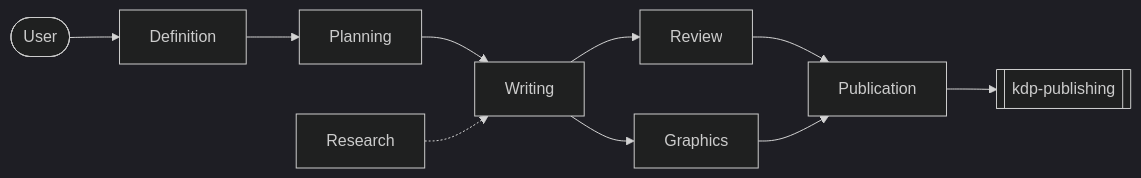
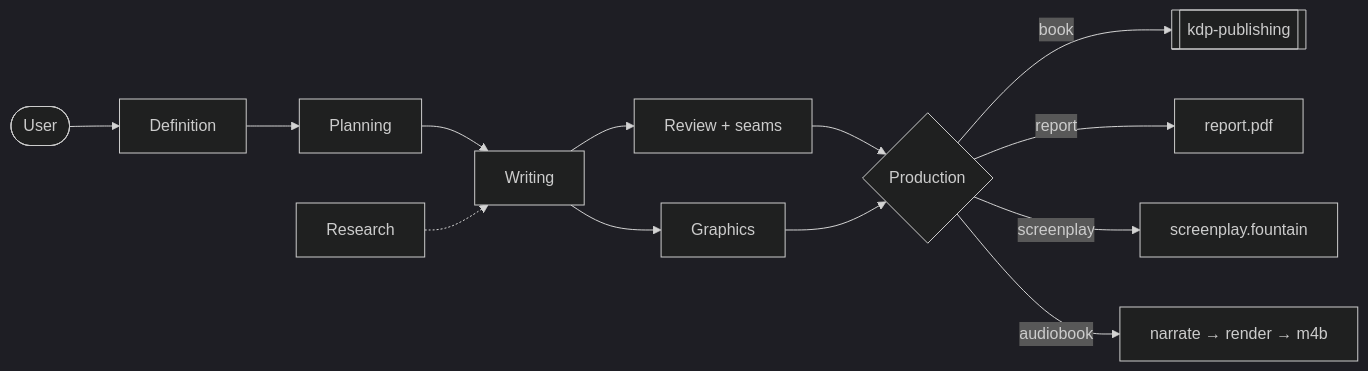
One commit to danielrosehill/Long-Form-Content-Plugin changed the diagram in README.md. Above: the diagram before and after it, drawn with Mermaid (dark theme). The commit also changed other lines of this file and 52 other files, not shown here.

````diff
--- a/README.md
+++ b/README.md
@@ -41,12 +68,15 @@
 ```mermaid
 flowchart LR
     U([User]) --> D[Definition]
     D --> P[Planning]
     P --> W[Writing]
     R[Research] -.-> W
-    W --> RV[Review]
+    W --> RV[Review + seams]
     W --> G[Graphics]
-    RV --> PB[Publication]
+    RV --> PB{Production}
     G --> PB
-    PB --> H[[kdp-publishing]]
+    PB -->|book| H[[kdp-publishing]]
+    PB -->|report| PDF[report.pdf]
+    PB -->|screenplay| F[screenplay.fountain]
+    PB -->|audiobook| A[narrate → render → m4b]
 ```
````
